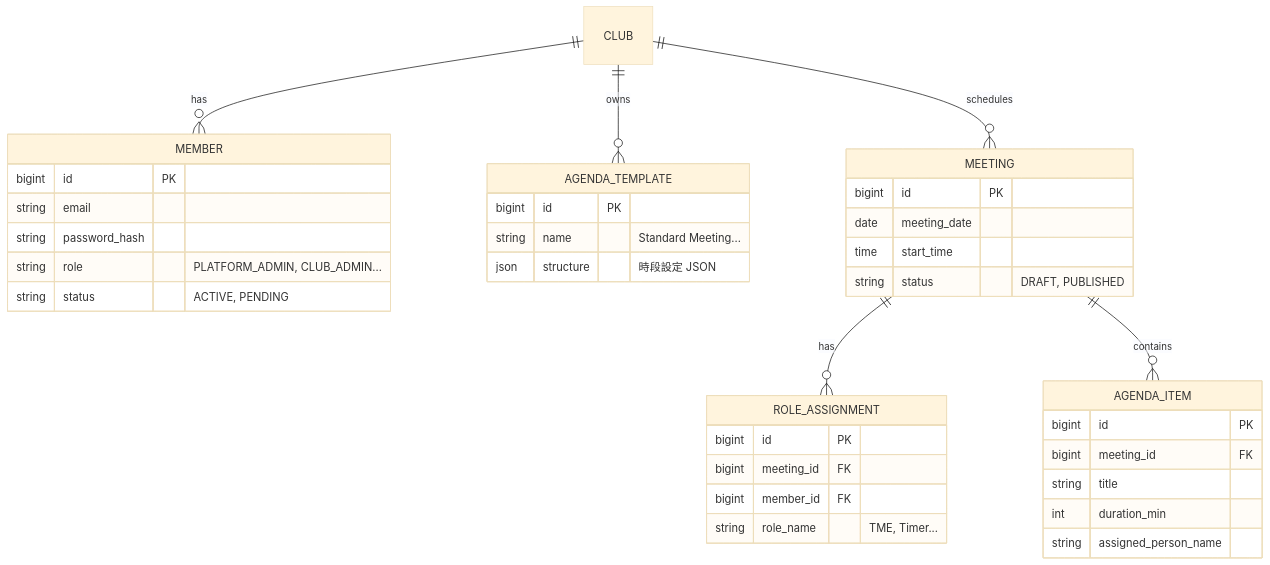
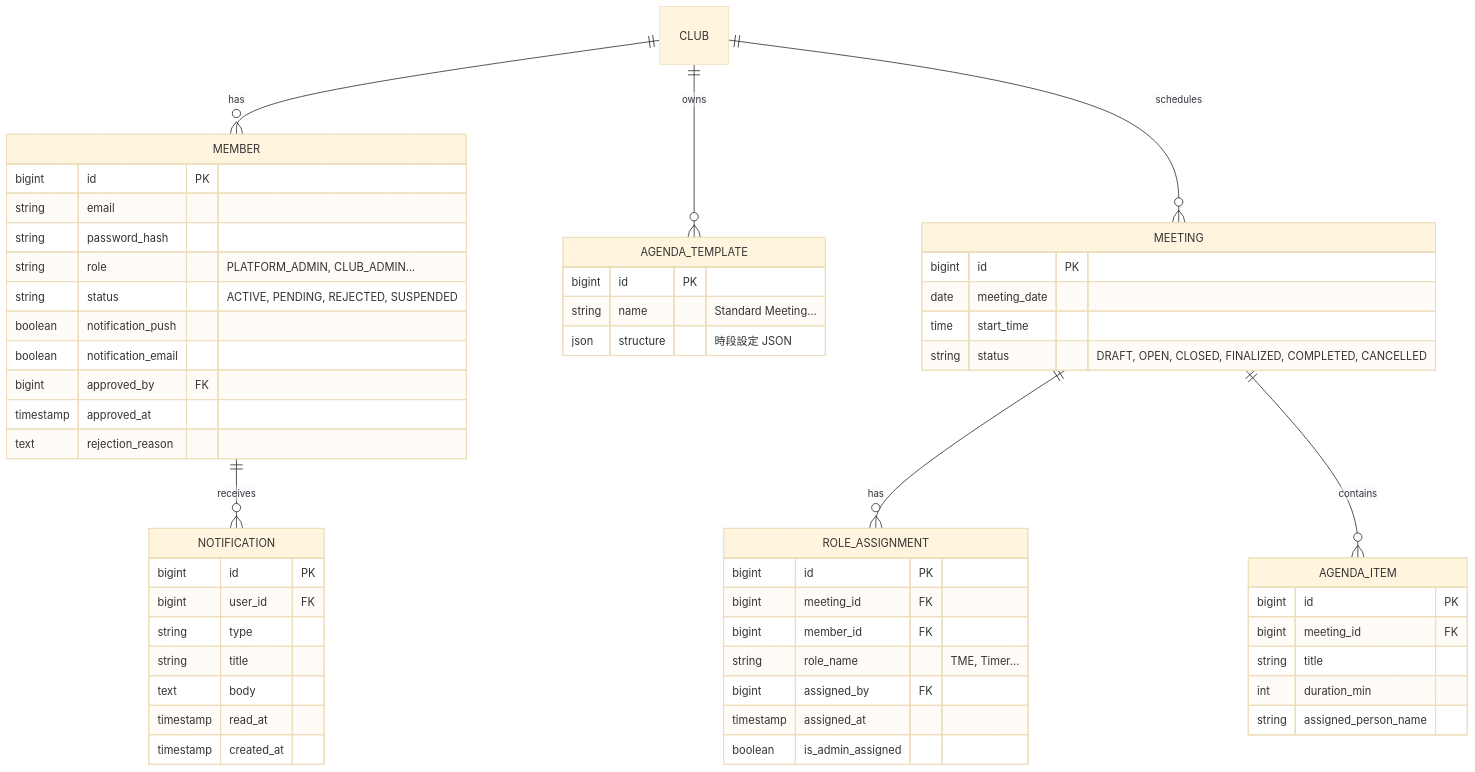
One commit to skipandsnow/toastlabplus changed diagram 22 of 26 in docs/implementation_plan.md. Above: the diagram before and after it, drawn with Mermaid (base theme). The commit also changed other lines of this file and 26 other files, not shown here.

Commit message:
v1.7: 功能細節完善與 UI 更新 - FCM 通知系統設計與設定指南 - Gemini 3 Pro Preview 升級與定價說明 - Agenda PDF 產生改用原始 Excel 模板 - 新增 6 個宮崎駿風格 UI 雛型圖 - 簡化 GCP 環境建置圖

````diff
--- a/docs/implementation_plan.md
+++ b/docs/implementation_plan.md
@@ -232,45 +823,64 @@
 ```mermaid
 erDiagram
     CLUB ||--o{ MEMBER : has
     CLUB ||--o{ AGENDA_TEMPLATE : owns
+    CLUB ||--o{ MEETING : schedules
     
     MEMBER {
         bigint id PK
         string email
         string password_hash
         string role "PLATFORM_ADMIN, CLUB_ADMIN..."
-        string status "ACTIVE, PENDING"
+        string status "ACTIVE, PENDING, REJECTED, SUSPENDED"
+        boolean notification_push
+        boolean notification_email
+        bigint approved_by FK
+        timestamp approved_at
+        text rejection_reason
     }
 
     MEETING {
         bigint id PK
         date meeting_date
         time start_time
-        string status "DRAFT, PUBLISHED"
+        string status "DRAFT, OPEN, CLOSED, FINALIZED, COMPLETED, CANCELLED"
     }
 
     ROLE_ASSIGNMENT {
         bigint id PK
         bigint meeting_id FK
         bigint member_id FK
         string role_name "TME, Timer..."
+        bigint assigned_by FK
+        timestamp assigned_at
+        boolean is_admin_assigned
     }
 
     AGENDA_TEMPLATE {
         bigint id PK
         string name "Standard Meeting..."
         json structure "時段設定 JSON"
     }
     
     AGENDA_ITEM {
         bigint id PK
         bigint meeting_id FK
         string title
         int duration_min
         string assigned_person_name
     }
+    
+    NOTIFICATION {
+        bigint id PK
+        bigint user_id FK
+        string type
+        string title
+        text body
+        timestamp read_at
+        timestamp created_at
+    }
 
-    CLUB ||--o{ MEETING : schedules
     MEETING ||--o{ ROLE_ASSIGNMENT : has
     MEETING ||--o{ AGENDA_ITEM : contains
+    MEMBER ||--o{ NOTIFICATION : receives
 ```
````
